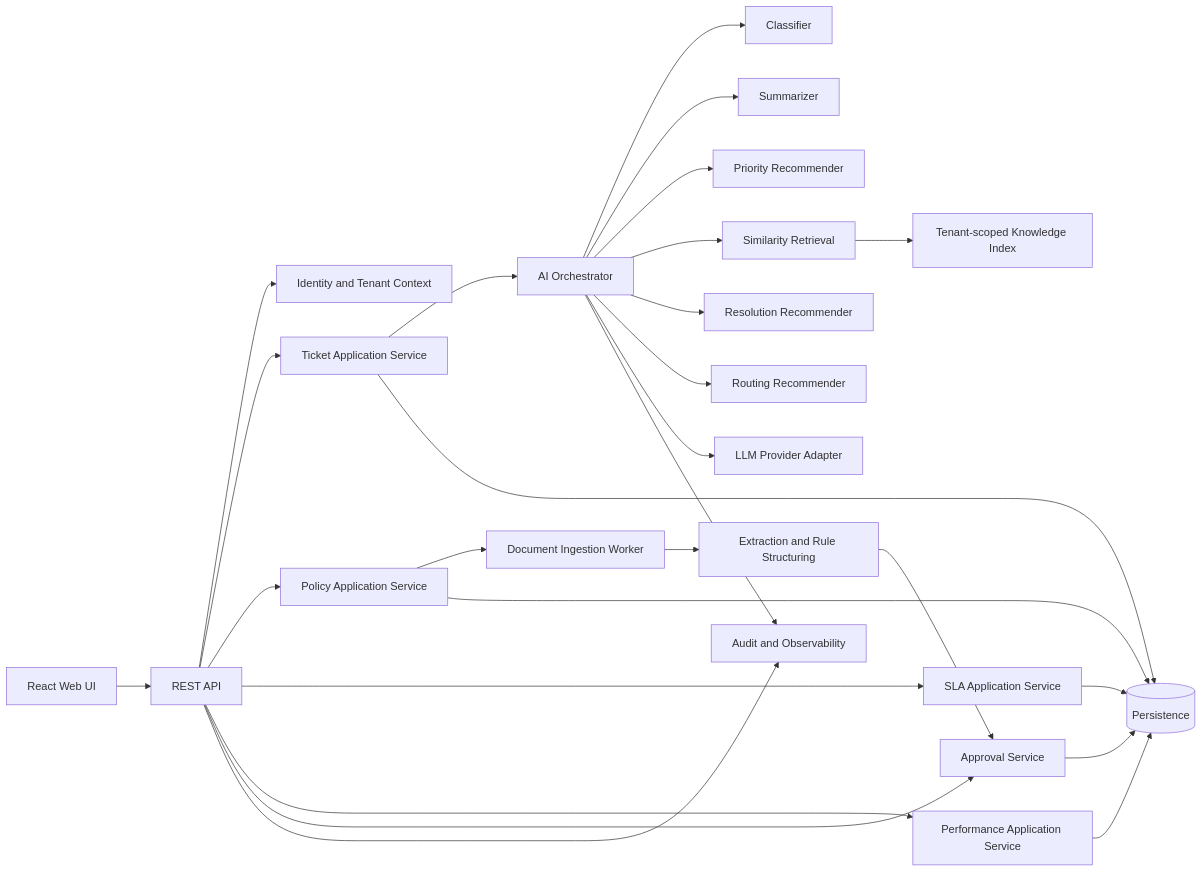
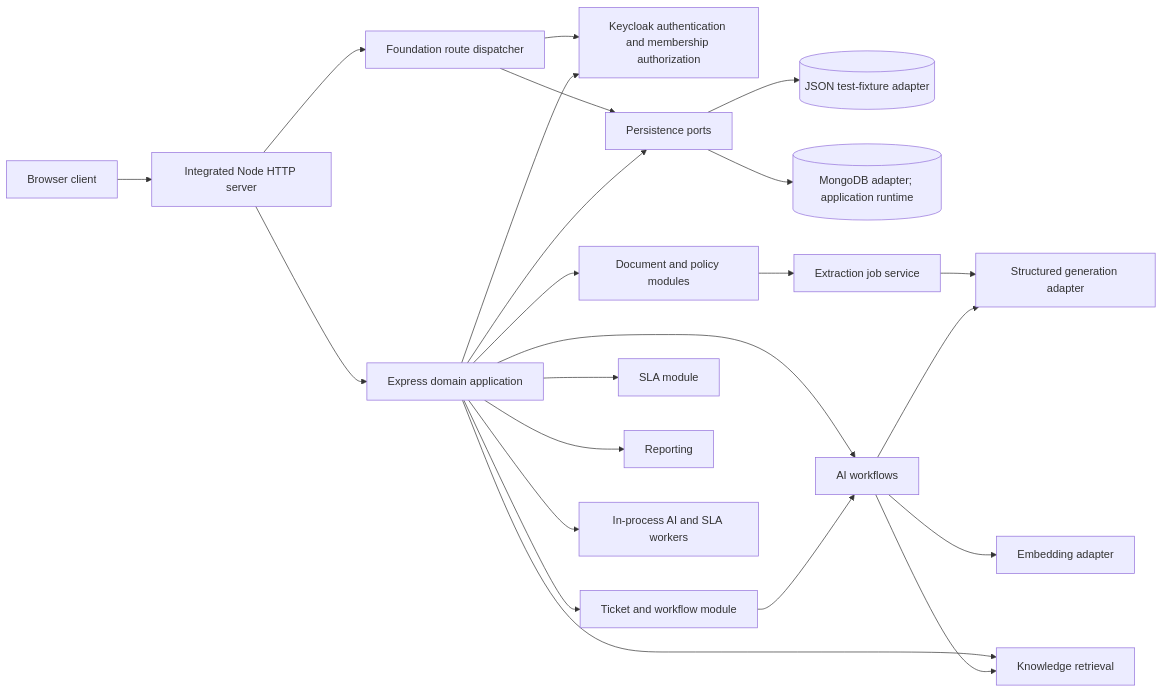
The diagram in docs/architecture/Component-Design.md (Group-D-AI-Interns/AI-Support-Ticket-Triage-Agent), drawn with Mermaid before and after one commit. The commit also changed other lines of this file and 168 other files, not shown here.

````diff
--- a/docs/architecture/Component-Design.md
+++ b/docs/architecture/Component-Design.md
@@ -5,29 +7,25 @@
 ```mermaid
 flowchart LR
-  UI[React Web UI] --> API[REST API]
-  API --> IAM[Identity and Tenant Context]
-  API --> TICKETS[Ticket Application Service]
-  API --> POLICIES[Policy Application Service]
-  API --> SLA[SLA Application Service]
-  API --> PERF[Performance Application Service]
-  API --> APPROVAL[Approval Service]
-  TICKETS --> AI[AI Orchestrator]
-  POLICIES --> INGEST[Document Ingestion Worker]
-  INGEST --> EXTRACT[Extraction and Rule Structuring]
-  EXTRACT --> APPROVAL
-  AI --> CLASS[Classifier]
-  AI --> SUMMARY[Summarizer]
-  AI --> PRIORITY[Priority Recommender]
-  AI --> RETRIEVE[Similarity Retrieval]
-  AI --> RESOLVE[Resolution Recommender]
-  AI --> ROUTE[Routing Recommender]
-  RETRIEVE --> KB[Tenant-scoped Knowledge Index]
-  AI --> PROVIDER[LLM Provider Adapter]
-  TICKETS --> REPO[(Persistence)]
-  POLICIES --> REPO
-  SLA --> REPO
-  PERF --> REPO
-  APPROVAL --> REPO
-  API --> AUDIT[Audit and Observability]
-  AI --> AUDIT
+  Client[Browser client] --> Server[Integrated Node HTTP server]
+  Server --> Foundation[Foundation route dispatcher]
+  Server --> Domain[Express domain application]
+  Foundation --> Auth[Keycloak authentication and membership authorization]
+  Domain --> Auth
+  Foundation --> Ports[Persistence ports]
+  Domain --> Ports
+  Ports --> Json[(JSON test-fixture adapter)]
+  Ports --> Mongo[(MongoDB adapter; application runtime)]
+  Domain --> Tickets[Ticket and workflow module]
+  Domain --> Docs[Document and policy modules]
+  Domain --> SLA[SLA module]
+  Domain --> AI[AI workflows]
+  Domain --> Knowledge[Knowledge retrieval]
+  Domain --> Reports[Reporting]
+  Tickets --> AI
+  Docs --> Extract[Extraction job service]
+  Extract --> Provider[Structured generation adapter]
+  AI --> Provider
+  AI --> Embeddings[Embedding adapter]
+  AI --> Knowledge
+  Domain --> Workers[In-process AI and SLA workers]
 ```
````
